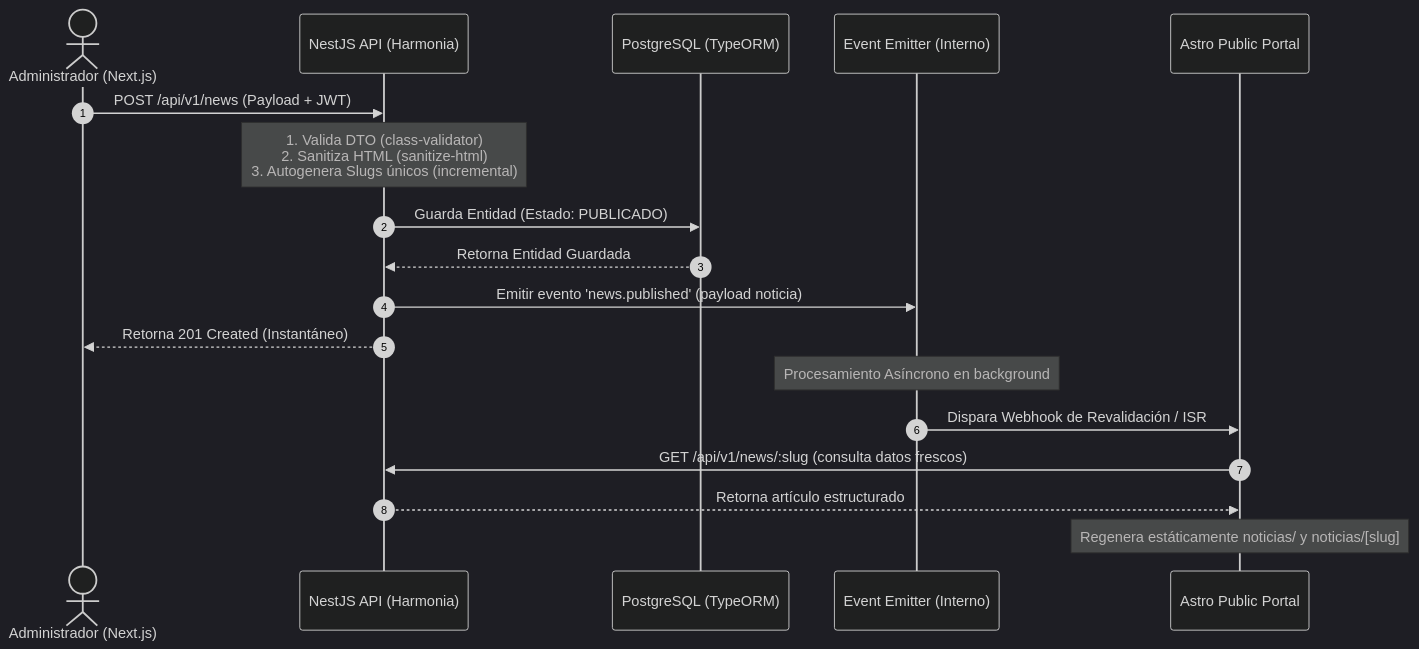
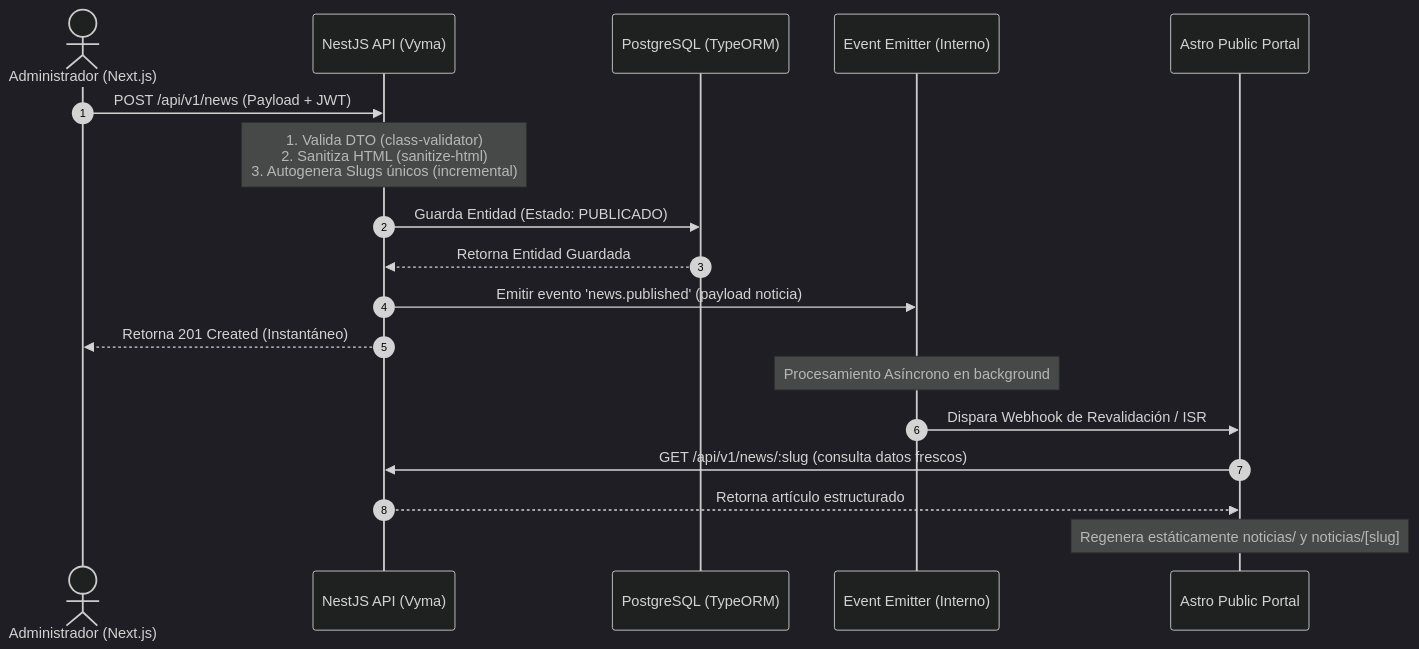
Before and after one commit to fedelopezing/vyma_backend: the diagram in docs/RFCs/002-sistema-noticias.md, drawn with Mermaid (dark theme). The commit also changed 10 other files, not shown here.

Commit message:
feat: scaffold project foundation including documentation guidelines, system architecture RFCs, email service, and database connectivity setup

````diff
--- a/docs/RFCs/002-sistema-noticias.md
+++ b/docs/RFCs/002-sistema-noticias.md
@@ -25,22 +25,22 @@
 ```mermaid
 sequenceDiagram
     autonumber
     actor Admin as Administrador (Next.js)
-    participant API as NestJS API (Harmonia)
+    participant API as NestJS API (Vyma)
     participant DB as PostgreSQL (TypeORM)
     participant EV as Event Emitter (Interno)
     participant Astro as Astro Public Portal
 
     Admin->>API: POST /api/v1/news (Payload + JWT)
     Note over API: 1. Valida DTO (class-validator)<br/>2. Sanitiza HTML (sanitize-html)<br/>3. Autogenera Slugs únicos (incremental)
     API->>DB: Guarda Entidad (Estado: PUBLICADO)
     DB-->>API: Retorna Entidad Guardada
     API->>EV: Emitir evento 'news.published' (payload noticia)
     API-->>Admin: Retorna 201 Created (Instantáneo)
     
     Note over EV: Procesamiento Asíncrono en background
     EV->>Astro: Dispara Webhook de Revalidación / ISR
     Astro->>API: GET /api/v1/news/:slug (consulta datos frescos)
     API-->>Astro: Retorna artículo estructurado
     Note over Astro: Regenera estáticamente noticias/ y noticias/[slug]
 ```
````
